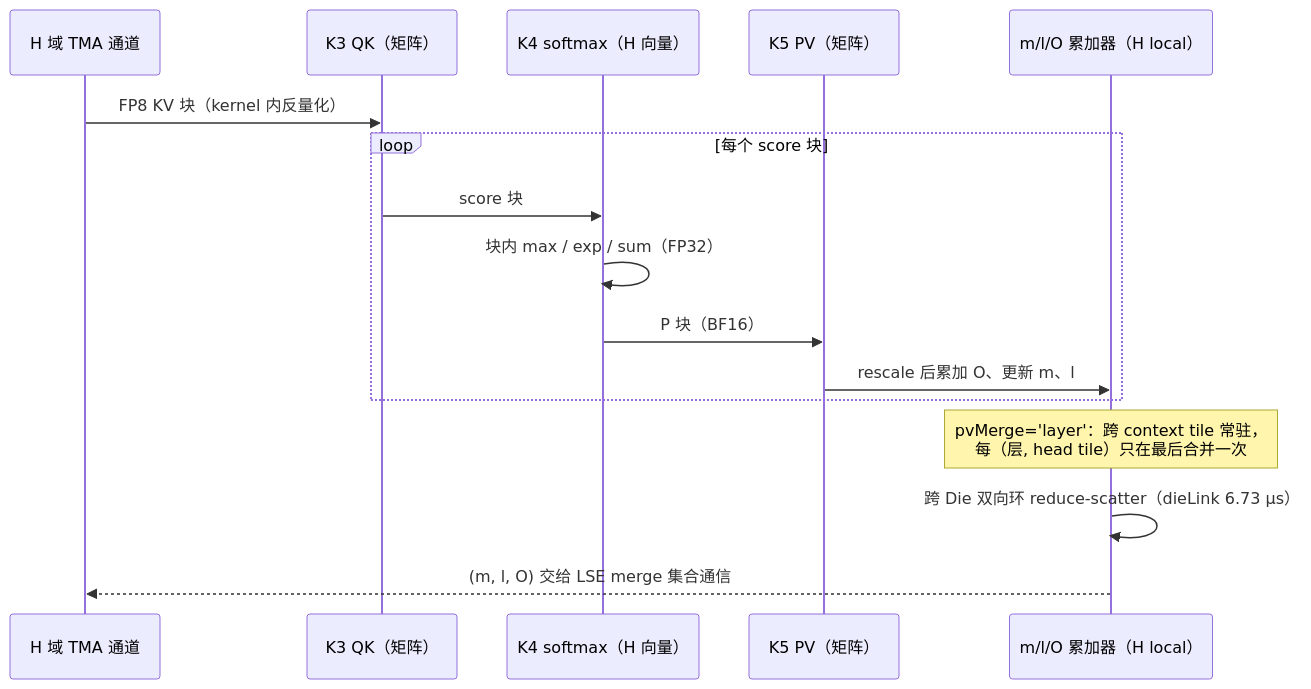
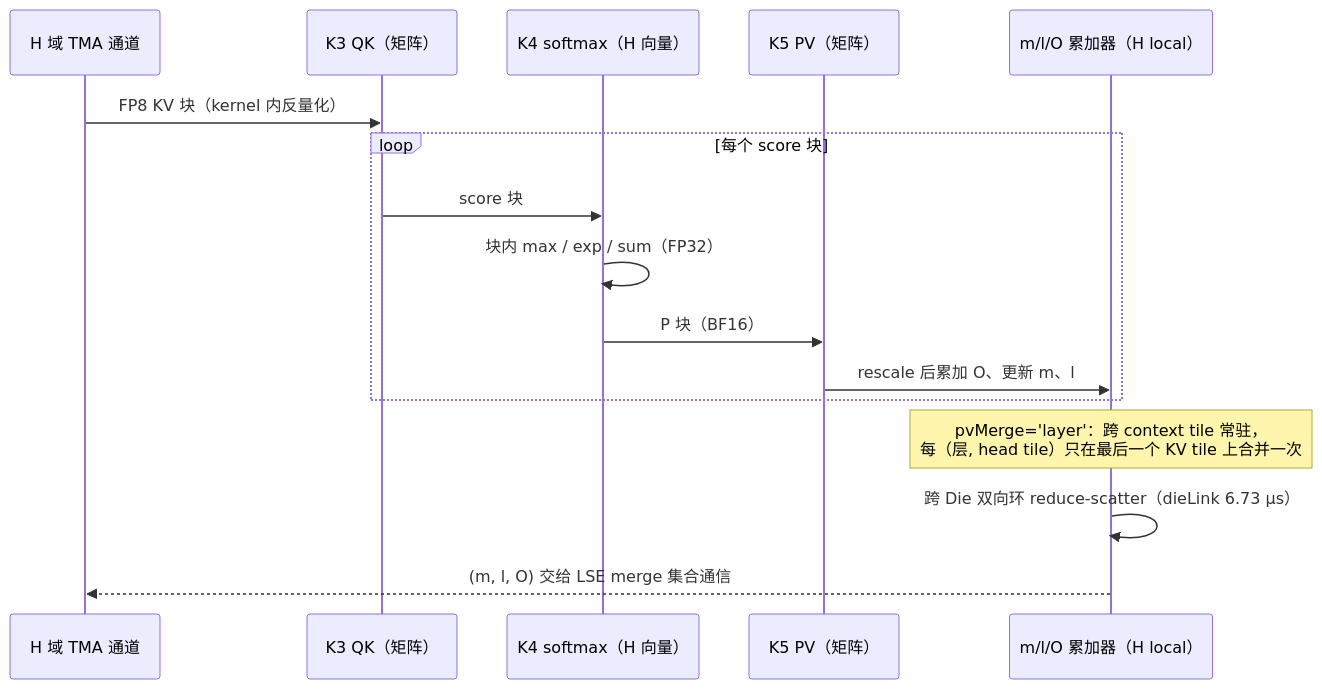
One commit to xqdan/xihu changed the fifth of 6 diagrams in teams/software/docs/KERNEL_SPEC.md. Above: the diagram before and after it, drawn with Mermaid. The commit also changed other lines of this file and 36 other files, not shown here.

````diff
--- a/teams/software/docs/KERNEL_SPEC.md
+++ b/teams/software/docs/KERNEL_SPEC.md
@@ -156,18 +156,18 @@
 ```mermaid
 sequenceDiagram
   participant TMA as H 域 TMA 通道
   participant QK as K3 QK（矩阵）
   participant SM as K4 softmax（H 向量）
   participant PV as K5 PV（矩阵）
   participant ACC as m/l/O 累加器（H local）
   TMA->>QK: FP8 KV 块（kernel 内反量化）
   loop 每个 score 块
     QK->>SM: score 块
     SM->>SM: 块内 max / exp / sum（FP32）
     SM->>PV: P 块（BF16）
     PV->>ACC: rescale 后累加 O、更新 m、l
   end
-  Note over ACC: pvMerge='layer'：跨 context tile 常驻，<br/>每（层, head tile）只在最后合并一次
+  Note over ACC: pvMerge='layer'：跨 context tile 常驻，<br/>每（层, head tile）只在最后一个 KV tile 上合并一次
   ACC->>ACC: 跨 Die 双向环 reduce-scatter（dieLink 6.73 µs）
   ACC-->>TMA: (m, l, O) 交给 LSE merge 集合通信
 ```
````
